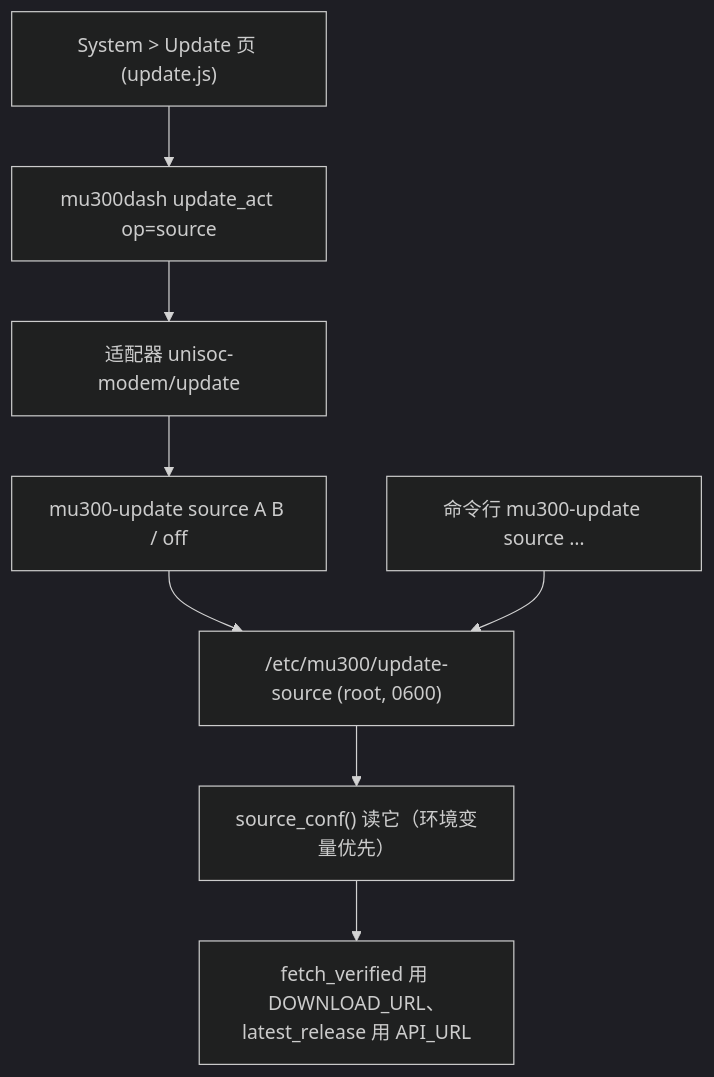
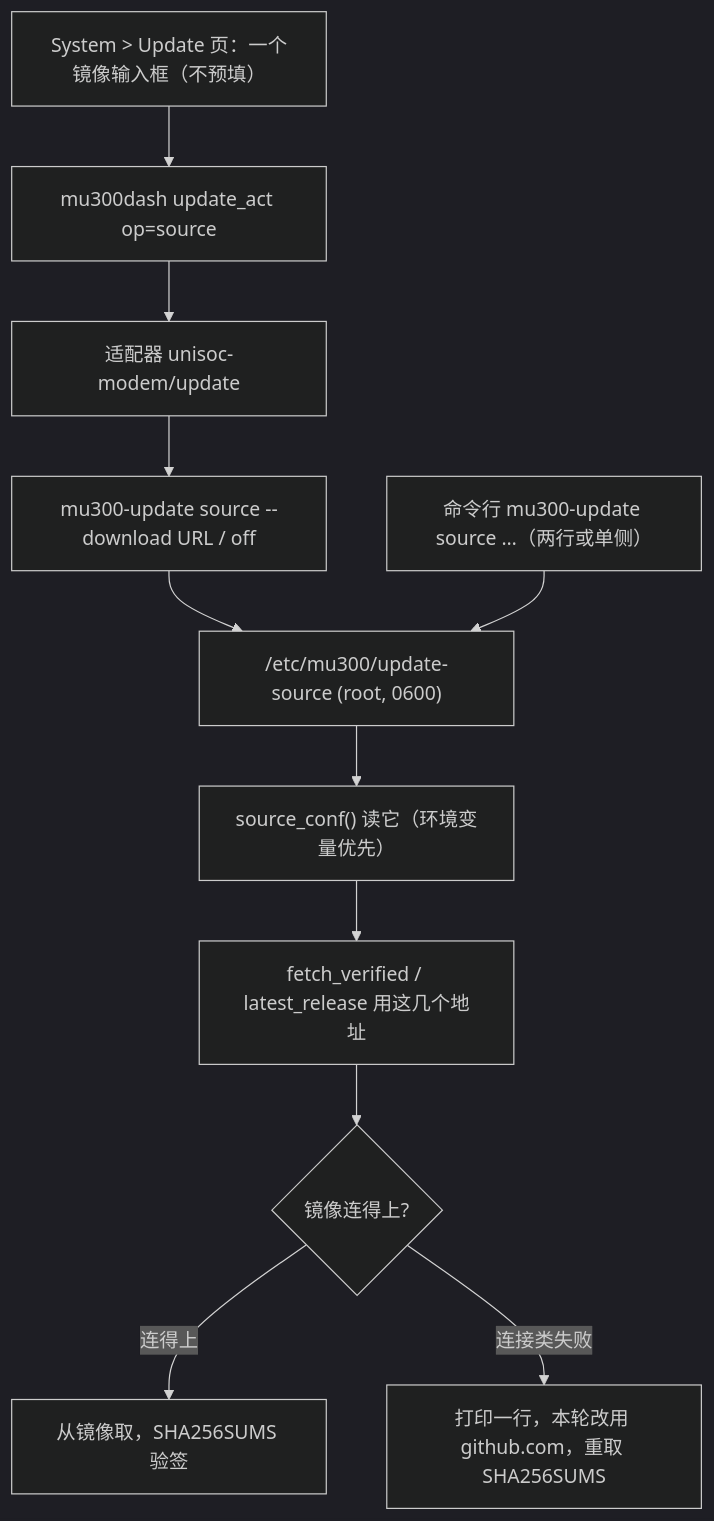
One commit to dikeckaan/mu300-linux changed the diagram in docs/plans/2026-10-16-1146-feat-update-source-plan.md. Above: the diagram before and after it, drawn with Mermaid (dark theme). The commit also changed other lines of this file, not shown here.

````diff
--- a/docs/plans/2026-10-16-1146-feat-update-source-plan.md
+++ b/docs/plans/2026-10-16-1146-feat-update-source-plan.md
@@ -93,10 +97,13 @@
 ```mermaid
 flowchart TB
-  A["System > Update 页 (update.js)"] --> B["mu300dash update_act op=source"]
+  A["System > Update 页：一个镜像输入框（不预填）"] --> B["mu300dash update_act op=source"]
   B --> C["适配器 unisoc-modem/update"]
-  C --> D["mu300-update source A B / off"]
+  C --> D["mu300-update source --download URL / off"]
   D --> E["/etc/mu300/update-source (root, 0600)"]
-  H["命令行 mu300-update source …"] --> E
+  H["命令行 mu300-update source …（两行或单侧）"] --> E
   E --> F["source_conf() 读它（环境变量优先）"]
-  F --> G["fetch_verified 用 DOWNLOAD_URL、latest_release 用 API_URL"]
+  F --> G["fetch_verified / latest_release 用这几个地址"]
+  G --> I{"镜像连得上?"}
+  I -->|连得上| J["从镜像取，SHA256SUMS 验签"]
+  I -->|连接类失败| K["打印一行，本轮改用 github.com，重取 SHA256SUMS"]
 ```
````
